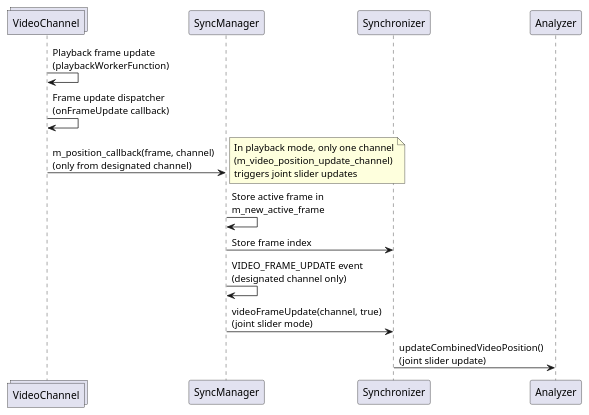
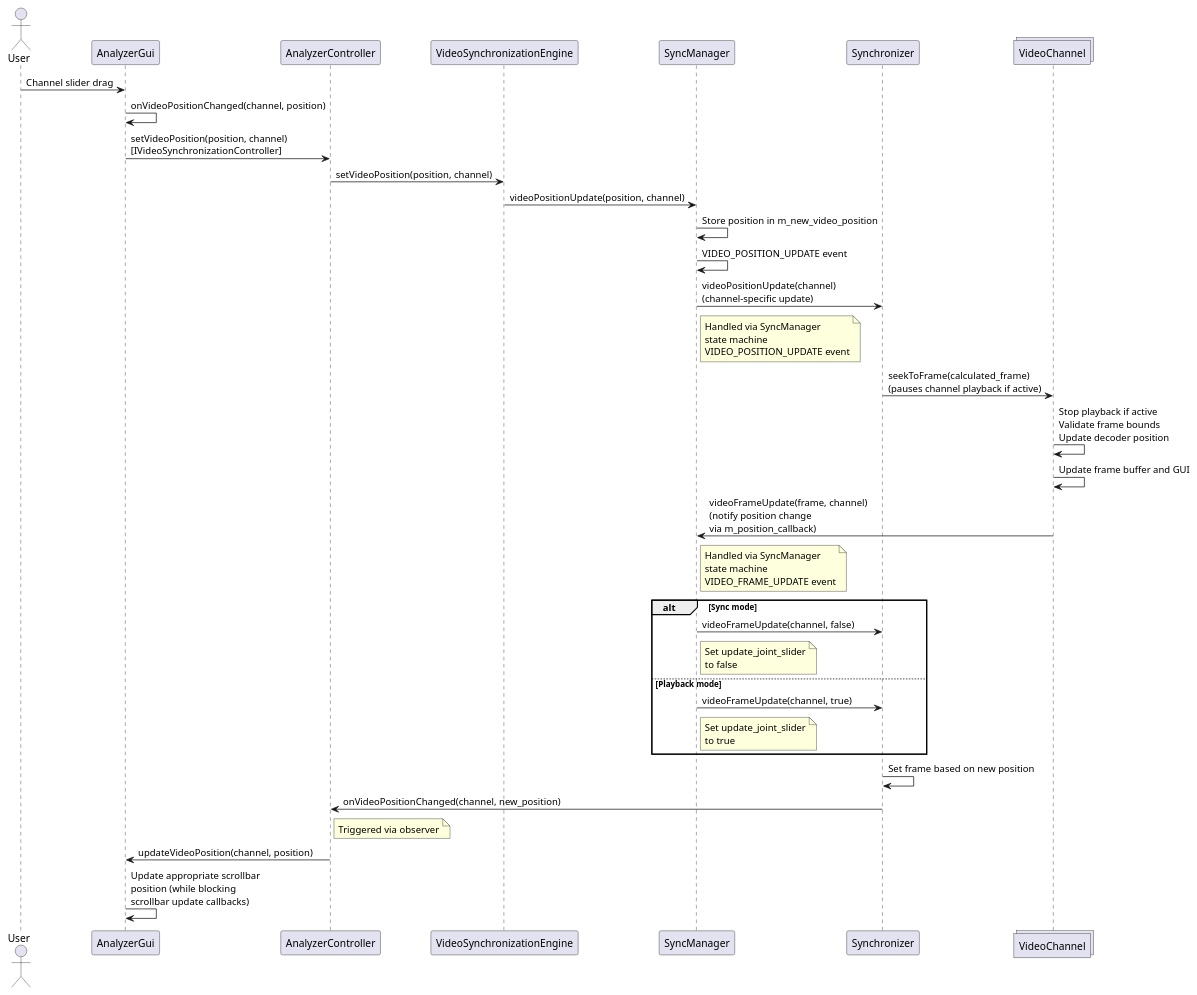
Before and after one commit to timwalsh41/SwingAnalyzer: the fifth of 6 diagrams in design/Scroll bar synchronization.md, drawn with PlantUML. The commit also changed other lines of this file and 2 other files, not shown here.

Commit message:
Updated scroll bar synchronization documentation

````diff
--- a/design/Scroll bar synchronization.md
+++ b/design/Scroll bar synchronization.md
@@ -73,20 +189,41 @@
 ```plantuml
 @startuml
 
-collections VideoChannel
+actor User
+participant AnalyzerGui
+participant AnalyzerController
+participant VideoSynchronizationEngine
 participant SyncManager
 participant Synchronizer
-participant Analyzer
+collections VideoChannel
 
-VideoChannel -> VideoChannel : Playback frame update\n(playbackWorkerFunction)
-VideoChannel -> VideoChannel : Frame update dispatcher\n(onFrameUpdate callback)
-VideoChannel -> SyncManager : m_position_callback(frame, channel)\n(only from designated channel)
-note right: In playback mode, only one channel\n(m_video_position_update_channel)\ntriggers joint slider updates
-SyncManager -> SyncManager : Store active frame in\nm_new_active_frame
-SyncManager -> Synchronizer : Store frame index
-SyncManager -> SyncManager : VIDEO_FRAME_UPDATE event\n(designated channel only)
-SyncManager -> Synchronizer : videoFrameUpdate(channel, true)\n(joint slider mode)
-Synchronizer -> Analyzer : updateCombinedVideoPosition()\n(joint slider update)
+User -> AnalyzerGui : Channel slider drag
+AnalyzerGui -> AnalyzerGui : onVideoPositionChanged(channel, position)
+AnalyzerGui -> AnalyzerController : setVideoPosition(position, channel)\n[IVideoSynchronizationController]
+AnalyzerController -> VideoSynchronizationEngine : setVideoPosition(position, channel)
+VideoSynchronizationEngine -> SyncManager : videoPositionUpdate(position, channel)
+SyncManager -> SyncManager : Store position in m_new_video_position
+SyncManager -> SyncManager : VIDEO_POSITION_UPDATE event
+SyncManager -> Synchronizer : videoPositionUpdate(channel)\n(channel-specific update)
+note right of SyncManager : Handled via SyncManager\nstate machine\nVIDEO_POSITION_UPDATE event
+Synchronizer -> VideoChannel : seekToFrame(calculated_frame)\n(pauses channel playback if active)
+VideoChannel -> VideoChannel : Stop playback if active\nValidate frame bounds\nUpdate decoder position
+VideoChannel -> VideoChannel : Update frame buffer and GUI
+VideoChannel -> SyncManager : videoFrameUpdate(frame, channel)\n(notify position change\nvia m_position_callback)
+note right of SyncManager : Handled via SyncManager\nstate machine\nVIDEO_FRAME_UPDATE event
+alt Sync mode
+    SyncManager -> Synchronizer : videoFrameUpdate(channel, false)
+    note right of SyncManager: Set update_joint_slider\nto false
+else Playback mode
+    SyncManager -> Synchronizer : videoFrameUpdate(channel, true)
+    note right of SyncManager: Set update_joint_slider\nto true
+end alt
+Synchronizer -> Synchronizer : Set frame based on new position
+Synchronizer -> AnalyzerController : onVideoPositionChanged(channel, new_position)
+note right of AnalyzerController: Triggered via observer
+AnalyzerController -> AnalyzerGui : updateVideoPosition(channel, position)
+AnalyzerGui -> AnalyzerGui : Update appropriate scrollbar\nposition (while blocking\nscrollbar update callbacks)
 
 @enduml
+
 ```
````
